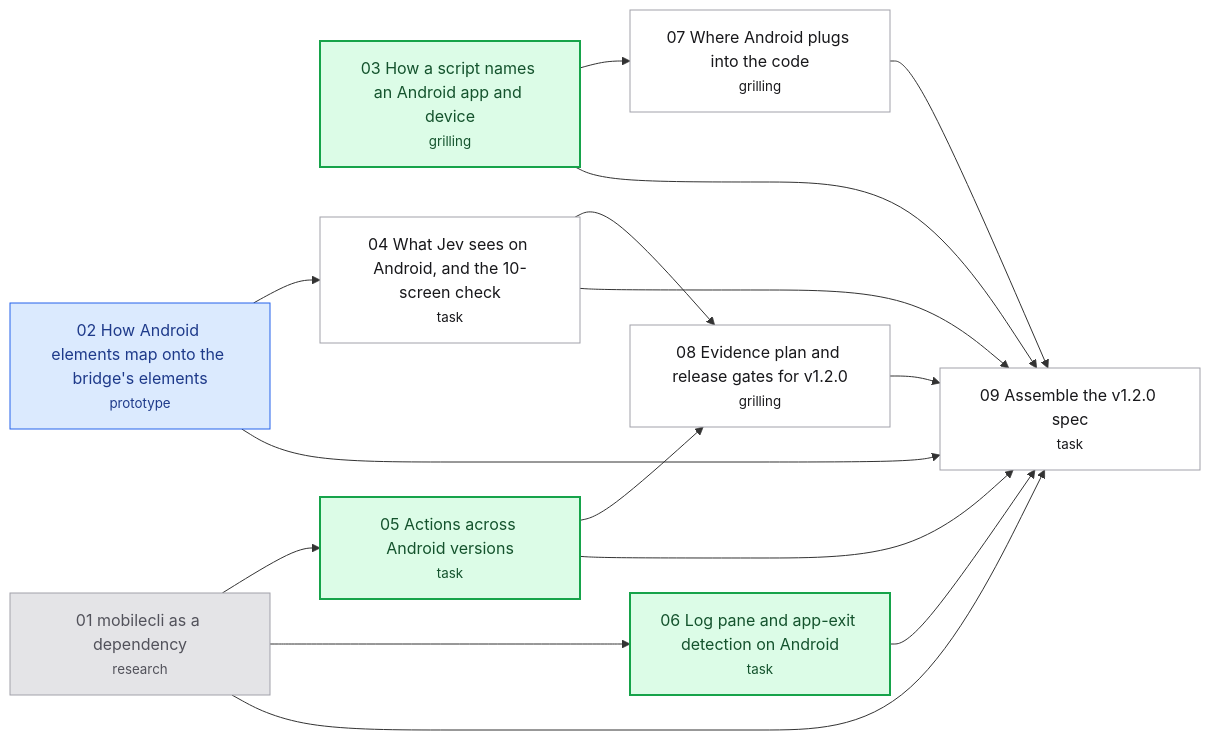
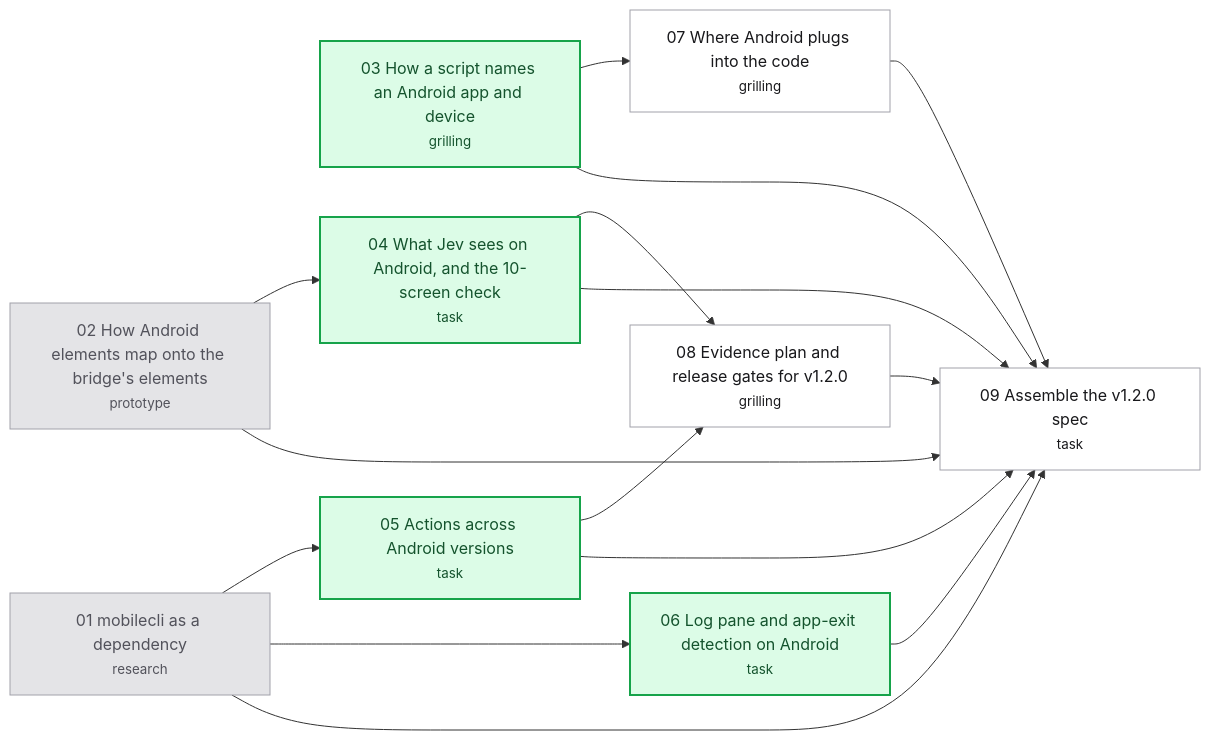
The diagram in .scratch/android-support/map.md (hugues-vnsgn/jev-ios-bridge), drawn with Mermaid before and after one commit. The commit also changed other lines of this file and 3 other files, not shown here.

````diff
--- a/.scratch/android-support/map.md
+++ b/.scratch/android-support/map.md
@@ -41,34 +42,33 @@
 ```mermaid
 flowchart LR
     T01["01 mobilecli as a dependency<br/><small>research</small>"]
     T02["02 How Android elements map onto the bridge's elements<br/><small>prototype</small>"]
     T03["03 How a script names an Android app and device<br/><small>grilling</small>"]
     T04["04 What Jev sees on Android, and the 10-screen check<br/><small>task</small>"]
     T05["05 Actions across Android versions<br/><small>task</small>"]
     T06["06 Log pane and app-exit detection on Android<br/><small>task</small>"]
     T07["07 Where Android plugs into the code<br/><small>grilling</small>"]
     T08["08 Evidence plan and release gates for v1.2.0<br/><small>grilling</small>"]
     T09["09 Assemble the v1.2.0 spec<br/><small>task</small>"]
     T02 --> T04
     T01 --> T05
     T01 --> T06
     T03 --> T07
     T04 --> T08
     T05 --> T08
     T01 --> T09
     T02 --> T09
     T03 --> T09
     T04 --> T09
     T05 --> T09
     T06 --> T09
     T07 --> T09
     T08 --> T09
     classDef resolved fill:#e4e4e7,stroke:#a1a1aa,color:#52525b
     classDef claimed fill:#dbeafe,stroke:#2563eb,color:#1e3a8a
     classDef frontier fill:#dcfce7,stroke:#16a34a,color:#14532d,stroke-width:2px
     classDef blocked fill:#ffffff,stroke:#a1a1aa,color:#18181b
-    class T01 resolved
-    class T02 claimed
-    class T03,T05,T06 frontier
-    class T04,T07,T08,T09 blocked
+    class T01,T02 resolved
+    class T03,T04,T05,T06 frontier
+    class T07,T08,T09 blocked
 ```
````
